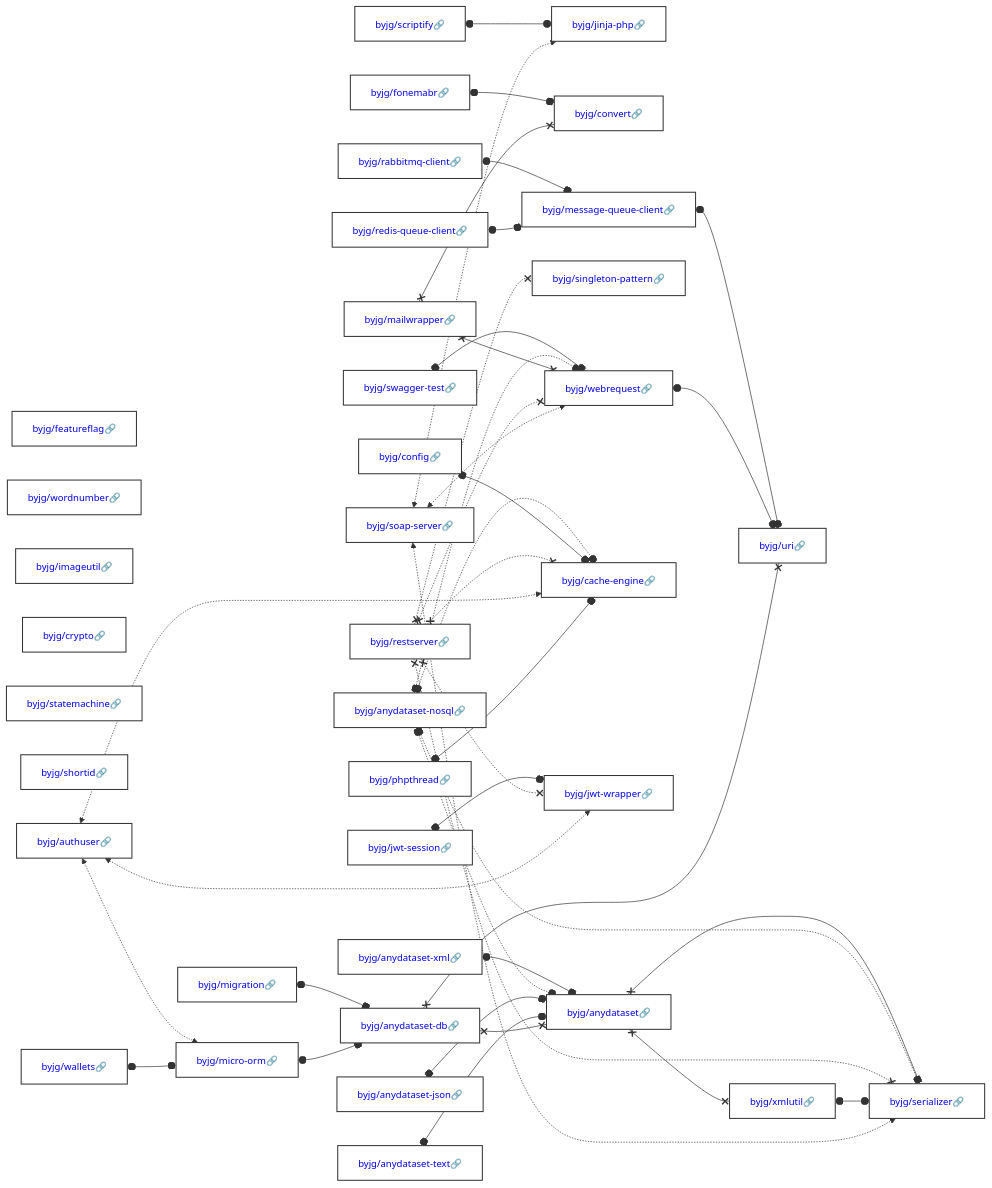
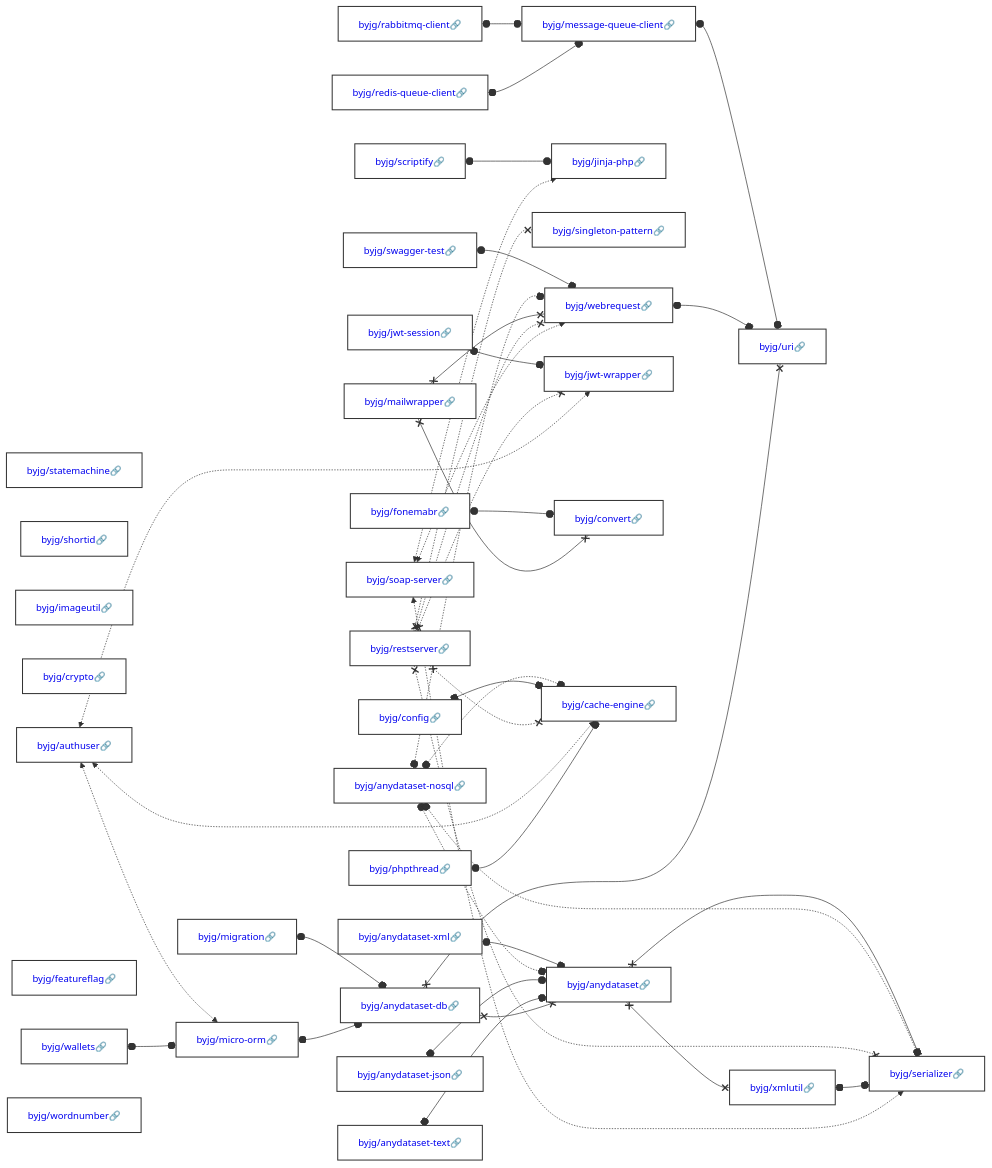
Before and after one commit to byjg/byjg.github.io: the diagram in docs/php/README.md, drawn with Mermaid. The commit also changed other lines of this file, not shown here.

Commit message:
Update documentation 'php' 'php-rest-reference-architecture'

````diff
--- a/docs/php/README.md
+++ b/docs/php/README.md
@@ -3,37 +3,37 @@
 ```mermaid
 graph LR;
+  byjg/redis-queue-client[<a href='https://opensource.byjg.com/docs/php/redis-queue-client' style='text-decoration:none'>byjg/redis-queue-client🔗</a>];
+  byjg/statemachine[<a href='https://opensource.byjg.com/docs/php/statemachine' style='text-decoration:none'>byjg/statemachine🔗</a>];
+  byjg/shortid[<a href='https://opensource.byjg.com/docs/php/shortid' style='text-decoration:none'>byjg/shortid🔗</a>];
+  byjg/anydataset-json[<a href='https://opensource.byjg.com/docs/php/anydataset-json' style='text-decoration:none'>byjg/anydataset-json🔗</a>];
+  byjg/soap-server[<a href='https://opensource.byjg.com/docs/php/soap-server' style='text-decoration:none'>byjg/soap-server🔗</a>];
+  byjg/rabbitmq-client[<a href='https://opensource.byjg.com/docs/php/rabbitmq-client' style='text-decoration:none'>byjg/rabbitmq-client🔗</a>];
+  byjg/imageutil[<a href='https://opensource.byjg.com/docs/php/imageutil' style='text-decoration:none'>byjg/imageutil🔗</a>];
+  byjg/crypto[<a href='https://opensource.byjg.com/docs/php/crypto' style='text-decoration:none'>byjg/crypto🔗</a>];
+  byjg/mailwrapper[<a href='https://opensource.byjg.com/docs/php/mailwrapper' style='text-decoration:none'>byjg/mailwrapper🔗</a>];
   byjg/swagger-test[<a href='https://opensource.byjg.com/docs/php/swagger-test' style='text-decoration:none'>byjg/swagger-test🔗</a>];
-  byjg/mailwrapper[<a href='https://opensource.byjg.com/docs/php/mailwrapper' style='text-decoration:none'>byjg/mailwrapper🔗</a>];
-  byjg/soap-server[<a href='https://opensource.byjg.com/docs/php/soap-server' style='text-decoration:none'>byjg/soap-server🔗</a>];
-  byjg/config[<a href='https://opensource.byjg.com/docs/php/config' style='text-decoration:none'>byjg/config🔗</a>];
   byjg/scriptify[<a href='https://opensource.byjg.com/docs/php/scriptify' style='text-decoration:none'>byjg/scriptify🔗</a>];
+  byjg/migration[<a href='https://opensource.byjg.com/docs/php/migration' style='text-decoration:none'>byjg/migration🔗</a>];
+  byjg/authuser[<a href='https://opensource.byjg.com/docs/php/authuser' style='text-decoration:none'>byjg/authuser🔗</a>];
   byjg/featureflag[<a href='https://opensource.byjg.com/docs/php/featureflag' style='text-decoration:none'>byjg/featureflag🔗</a>];
   byjg/anydataset-text[<a href='https://opensource.byjg.com/docs/php/anydataset-text' style='text-decoration:none'>byjg/anydataset-text🔗</a>];
+  byjg/phpthread[<a href='https://opensource.byjg.com/docs/php/phpthread' style='text-decoration:none'>byjg/phpthread🔗</a>];
+  byjg/wallets[<a href='https://opensource.byjg.com/docs/php/wallets' style='text-decoration:none'>byjg/wallets🔗</a>];
+  byjg/anydataset-nosql[<a href='https://opensource.byjg.com/docs/php/anydataset-nosql' style='text-decoration:none'>byjg/anydataset-nosql🔗</a>];
+  byjg/jwt-session[<a href='https://opensource.byjg.com/docs/php/jwt-session' style='text-decoration:none'>byjg/jwt-session🔗</a>];
+  byjg/restserver[<a href='https://opensource.byjg.com/docs/php/restserver' style='text-decoration:none'>byjg/restserver🔗</a>];
+  byjg/fonemabr[<a href='https://opensource.byjg.com/docs/php/fonemabr' style='text-decoration:none'>byjg/fonemabr🔗</a>];
+  byjg/config[<a href='https://opensource.byjg.com/docs/php/config' style='text-decoration:none'>byjg/config🔗</a>];
   byjg/wordnumber[<a href='https://opensource.byjg.com/docs/php/wordnumber' style='text-decoration:none'>byjg/wordnumber🔗</a>];
   byjg/anydataset-xml[<a href='https://opensource.byjg.com/docs/php/anydataset-xml' style='text-decoration:none'>byjg/anydataset-xml🔗</a>];
-  byjg/imageutil[<a href='https://opensource.byjg.com/docs/php/imageutil' style='text-decoration:none'>byjg/imageutil🔗</a>];
-  byjg/phpthread[<a href='https://opensource.byjg.com/docs/php/phpthread' style='text-decoration:none'>byjg/phpthread🔗</a>];
-  byjg/jwt-session[<a href='https://opensource.byjg.com/docs/php/jwt-session' style='text-decoration:none'>byjg/jwt-session🔗</a>];
-  byjg/fonemabr[<a href='https://opensource.byjg.com/docs/php/fonemabr' style='text-decoration:none'>byjg/fonemabr🔗</a>];
-  byjg/migration[<a href='https://opensource.byjg.com/docs/php/migration' style='text-decoration:none'>byjg/migration🔗</a>];
-  byjg/redis-queue-client[<a href='https://opensource.byjg.com/docs/php/redis-queue-client' style='text-decoration:none'>byjg/redis-queue-client🔗</a>];
-  byjg/crypto[<a href='https://opensource.byjg.com/docs/php/crypto' style='text-decoration:none'>byjg/crypto🔗</a>];
-  byjg/statemachine[<a href='https://opensource.byjg.com/docs/php/statemachine' style='text-decoration:none'>byjg/statemachine🔗</a>];
-  byjg/rabbitmq-client[<a href='https://opensource.byjg.com/docs/php/rabbitmq-client' style='text-decoration:none'>byjg/rabbitmq-client🔗</a>];
-  byjg/anydataset-json[<a href='https://opensource.byjg.com/docs/php/anydataset-json' style='text-decoration:none'>byjg/anydataset-json🔗</a>];
-  byjg/anydataset-nosql[<a href='https://opensource.byjg.com/docs/php/anydataset-nosql' style='text-decoration:none'>byjg/anydataset-nosql🔗</a>];
-  byjg/shortid[<a href='https://opensource.byjg.com/docs/php/shortid' style='text-decoration:none'>byjg/shortid🔗</a>];
-  byjg/restserver[<a href='https://opensource.byjg.com/docs/php/restserver' style='text-decoration:none'>byjg/restserver🔗</a>];
-  byjg/authuser[<a href='https://opensource.byjg.com/docs/php/authuser' style='text-decoration:none'>byjg/authuser🔗</a>];
-  byjg/wallets[<a href='https://opensource.byjg.com/docs/php/wallets' style='text-decoration:none'>byjg/wallets🔗</a>];
+  byjg/message-queue-client[<a href='https://opensource.byjg.com/docs/php/message-queue-client' style='text-decoration:none'>byjg/message-queue-client🔗</a>];
   byjg/jinja-php[<a href='https://opensource.byjg.com/docs/php/jinja-php' style='text-decoration:none'>byjg/jinja-php🔗</a>];
-  byjg/convert[<a href='https://opensource.byjg.com/docs/php/convert' style='text-decoration:none'>byjg/convert🔗</a>];
-  byjg/message-queue-client[<a href='https://opensource.byjg.com/docs/php/message-queue-client' style='text-decoration:none'>byjg/message-queue-client🔗</a>];
+  byjg/micro-orm[<a href='https://opensource.byjg.com/docs/php/micro-orm' style='text-decoration:none'>byjg/micro-orm🔗</a>];
   byjg/singleton-pattern[<a href='https://opensource.byjg.com/docs/php/singleton-pattern' style='text-decoration:none'>byjg/singleton-pattern🔗</a>];
   byjg/webrequest[<a href='https://opensource.byjg.com/docs/php/webrequest' style='text-decoration:none'>byjg/webrequest🔗</a>];
+  byjg/jwt-wrapper[<a href='https://opensource.byjg.com/docs/php/jwt-wrapper' style='text-decoration:none'>byjg/jwt-wrapper🔗</a>];
+  byjg/convert[<a href='https://opensource.byjg.com/docs/php/convert' style='text-decoration:none'>byjg/convert🔗</a>];
   byjg/cache-engine[<a href='https://opensource.byjg.com/docs/php/cache-engine' style='text-decoration:none'>byjg/cache-engine🔗</a>];
-  byjg/jwt-wrapper[<a href='https://opensource.byjg.com/docs/php/jwt-wrapper' style='text-decoration:none'>byjg/jwt-wrapper🔗</a>];
-  byjg/micro-orm[<a href='https://opensource.byjg.com/docs/php/micro-orm' style='text-decoration:none'>byjg/micro-orm🔗</a>];
   byjg/anydataset-db[<a href='https://opensource.byjg.com/docs/php/anydataset-db' style='text-decoration:none'>byjg/anydataset-db🔗</a>];
   byjg/anydataset[<a href='https://opensource.byjg.com/docs/php/anydataset' style='text-decoration:none'>byjg/anydataset🔗</a>];
   byjg/uri[<a href='https://opensource.byjg.com/docs/php/uri' style='text-decoration:none'>byjg/uri🔗</a>];
````
